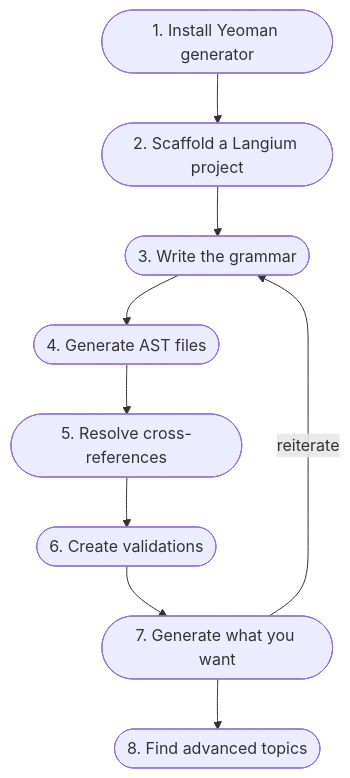
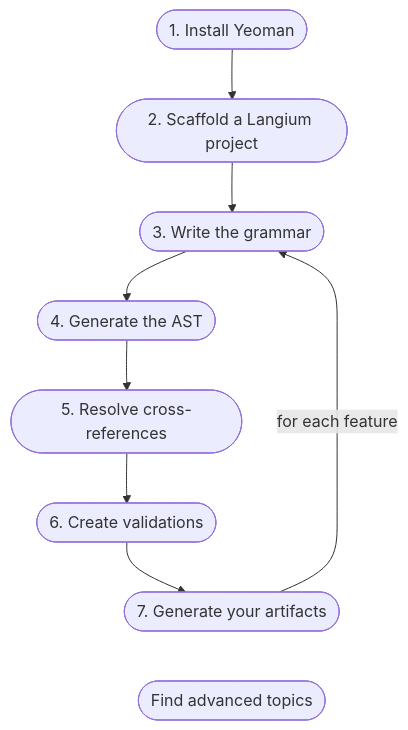
The diagram in hugo/content/docs/learn/workflow/_index.md (eclipse-langium/langium-website), drawn with Mermaid before and after one commit. The commit also changed other lines of this file and 13 other files, not shown here.

```diff
--- a/hugo/content/docs/learn/workflow/_index.md
+++ b/hugo/content/docs/learn/workflow/_index.md
@@ -9,22 +11,22 @@
 {{<mermaid>}}
 flowchart TD
-  A(["1. Install Yeoman generator"]);
+  A(["1. Install Yeoman"]);
   B(["2. Scaffold a Langium project"]);
   C(["3. Write the grammar"]);
-  D(["4. Generate AST files"]);
+  D(["4. Generate the AST"]);
   E(["5. Resolve cross-references"]);
   F(["6. Create validations"]);
-  G(["7. Generate what you want"]);
-  H(["8. Find advanced topics"]);
-  A --> B --> C --> D --> E --> F --> G --> H;
-  G -- reiterate --> C;
+  G(["7. Generate your artifacts"]);
+  H(["Find advanced topics"]);
+  A --> B --> C --> D --> E --> F --> G ~~~ H;
+  G -- for each feature --> C;
 
   click A "/docs/learn/workflow/install"
   click B "/docs/learn/workflow/scaffold"
   click C "/docs/learn/workflow/write_grammar"
   click D "/docs/learn/workflow/generate_ast"
   click E "/docs/learn/workflow/resolve_cross_references"
   click F "/docs/learn/workflow/create_validations"
   click G "/docs/learn/workflow/generate_everything"
   click H "/docs/recipes"
 {{</mermaid>}}
```
